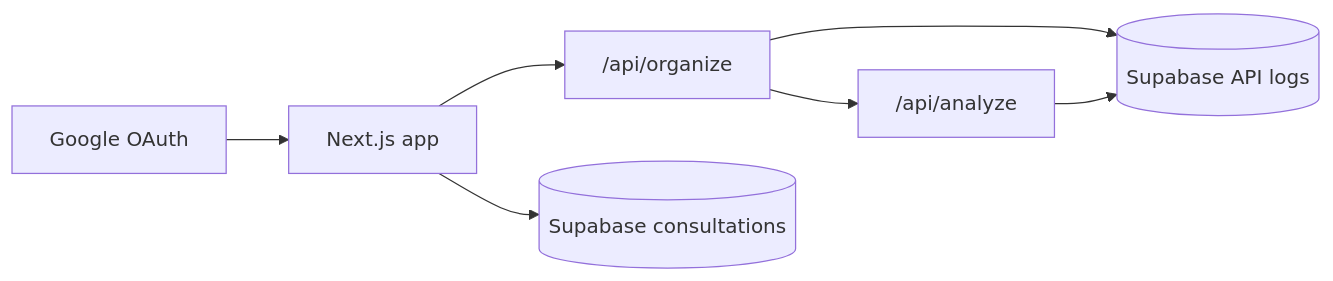
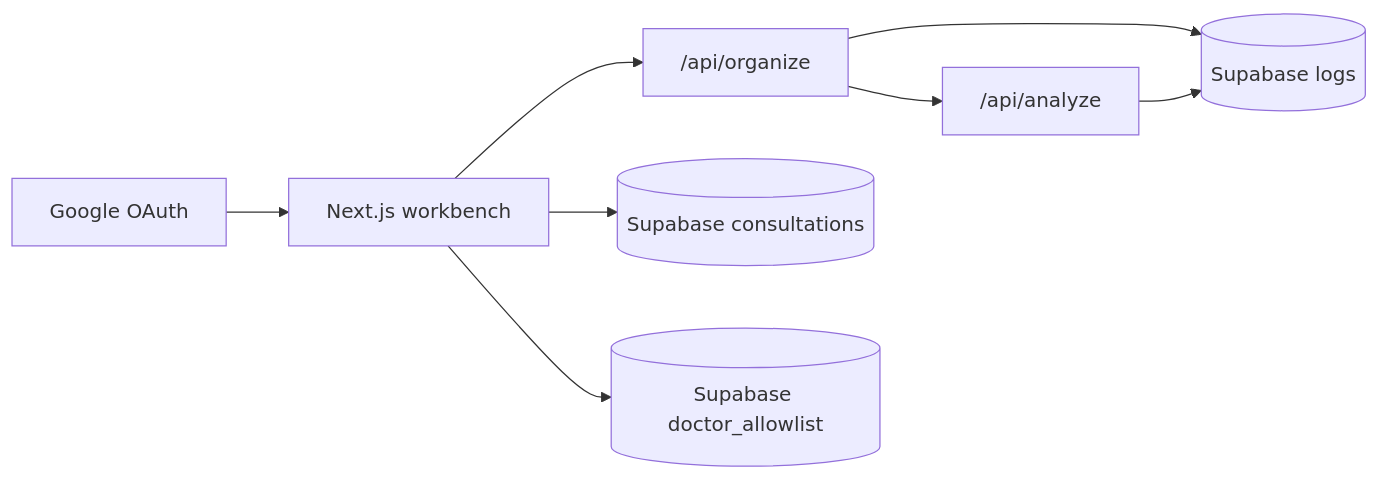
The second of 2 diagrams in README.md (chiaweiwoo/tcm-diagnosis), drawn with Mermaid before and after one commit. The commit also changed other lines of this file and 8 other files, not shown here.

````diff
--- a/README.md
+++ b/README.md
@@ -42,9 +41,10 @@
 ```mermaid
 flowchart LR
-    LOGIN["Google OAuth"] --> WEB["Next.js app"]
+    LOGIN["Google OAuth"] --> WEB["Next.js workbench"]
     WEB --> ORG["/api/organize"]
     ORG --> AN["/api/analyze"]
     WEB --> CASES[("Supabase consultations")]
-    ORG --> LOGS[("Supabase API logs")]
+    WEB --> ALLOW[("Supabase doctor_allowlist")]
+    ORG --> LOGS[("Supabase logs")]
     AN --> LOGS
 ```
````
